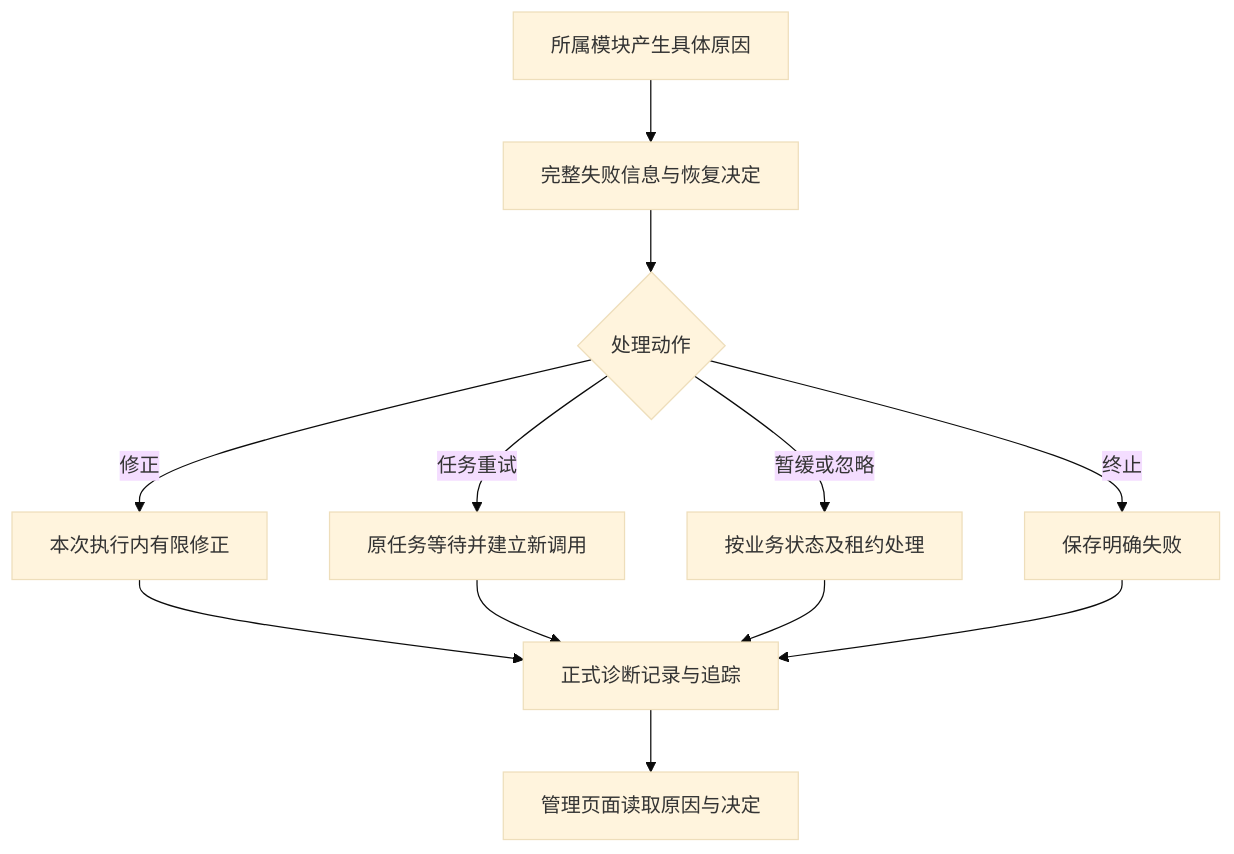
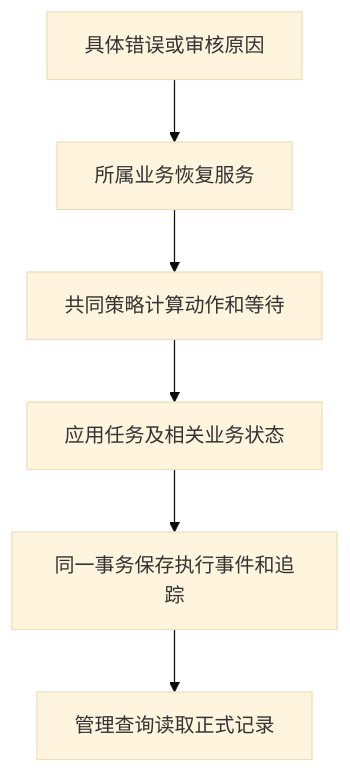
The diagram in server/docs/design/errors-and-recovery.md (Weilan0811/echo-commons), drawn with Mermaid (base theme) before and after one commit. The commit also changed other lines of this file and 72 other files, not shown here.

````diff
--- a/server/docs/design/errors-and-recovery.md
+++ b/server/docs/design/errors-and-recovery.md
@@ -63,14 +20,8 @@
 ```mermaid
 flowchart TD
-    A[所属模块产生具体原因] --> B[完整失败信息与恢复决定]
-    B --> C{处理动作}
-    C -->|修正| D[本次执行内有限修正]
-    C -->|任务重试| E[原任务等待并建立新调用]
-    C -->|暂缓或忽略| F[按业务状态及租约处理]
-    C -->|终止| G[保存明确失败]
-    D --> H[正式诊断记录与追踪]
-    E --> H
-    F --> H
-    G --> H
-    H --> I[管理页面读取原因与决定]
+    A[具体错误或审核原因] --> B[所属业务恢复服务]
+    B --> C[共同策略计算动作和等待]
+    C --> D[应用任务及相关业务状态]
+    D --> E[同一事务保存执行事件和追踪]
+    E --> F[管理查询读取正式记录]
 ```
````
